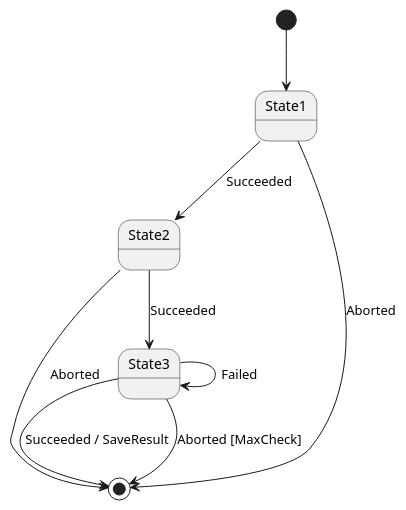
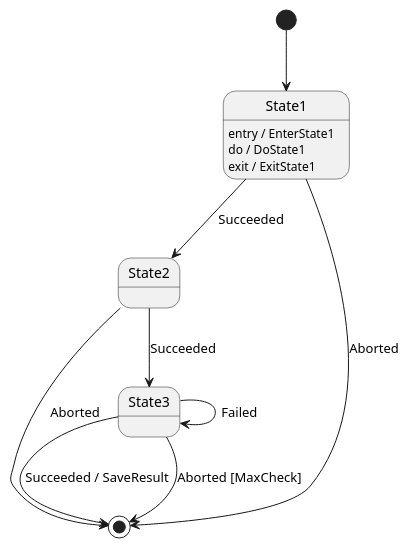
The diagram in README.md (marrbor/go-state-machine), drawn with PlantUML before and after one commit. The commit also changed other lines of this file and 3 other files, not shown here.

````diff
--- a/README.md
+++ b/README.md
@@ -7,12 +7,15 @@
 ```puml
 @startuml
 [*] --> State1
 State1 --> State2 : Succeeded
 State1 --> [*] : Aborted
+State1 : entry / EnterState1
+State1 : do / DoState1
+State1 : exit / ExitState1
 State2 --> State3 : Succeeded
 State2 --> [*] : Aborted
 State3 --> [*] : Succeeded / SaveResult
 State3 --> [*] : Aborted [MaxCheck]
 State3 --> State3 : Failed
 @enduml
 ```
````
